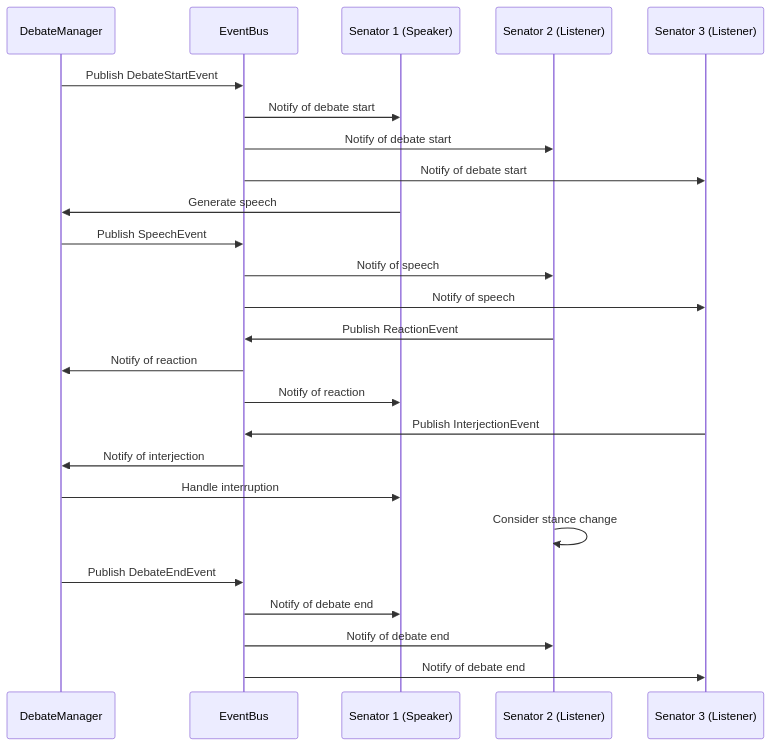
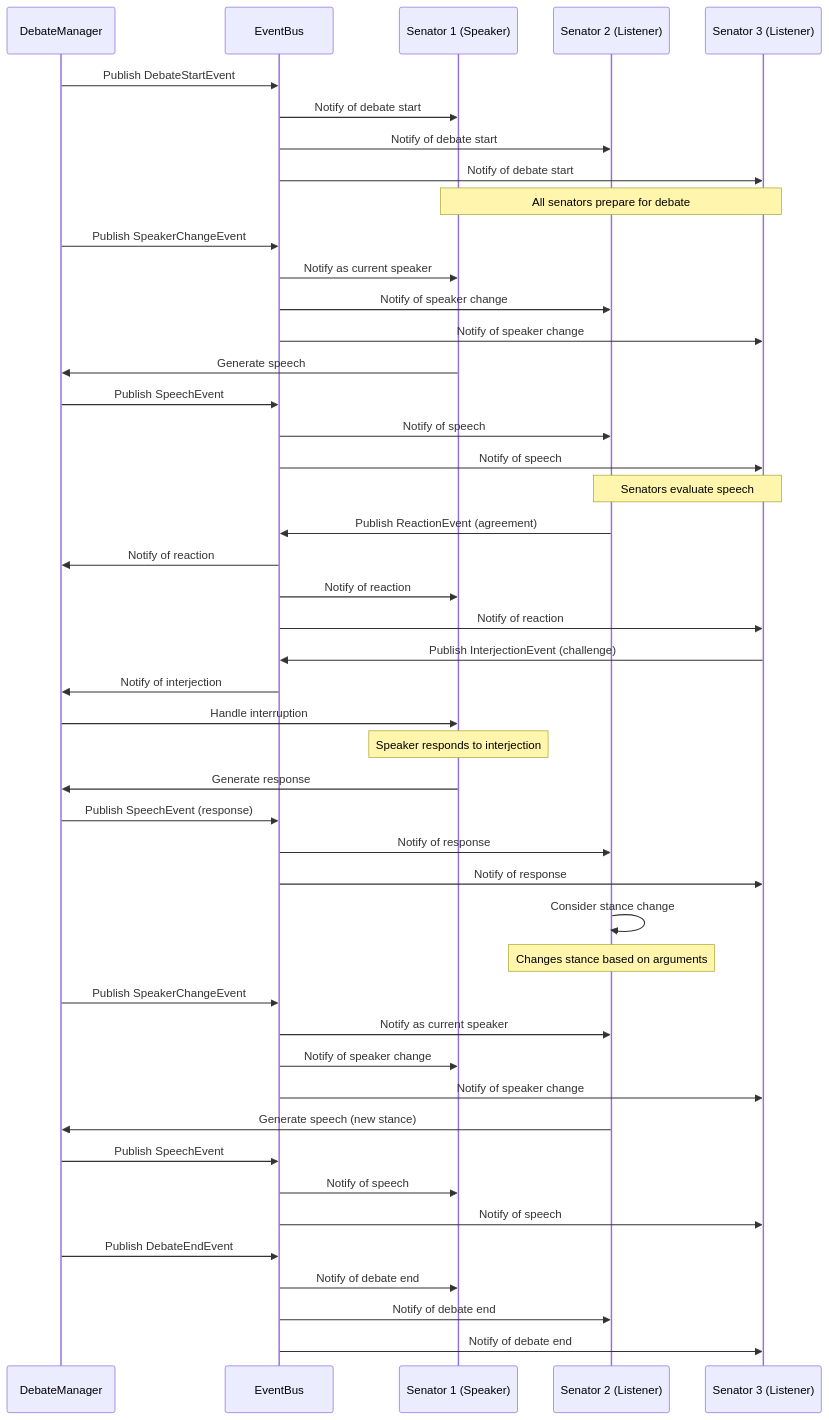
One commit to ianlintner/forum changed the second of 3 diagrams in docs/event_system/README.md. Above: the diagram before and after it, drawn with Mermaid. The commit also changed other lines of this file and 11 other files, not shown here.

````diff
--- a/docs/event_system/README.md
+++ b/docs/event_system/README.md
@@ -132,33 +200,61 @@
 ```mermaid
 sequenceDiagram
     participant DM as DebateManager
     participant EB as EventBus
     participant S1 as Senator 1 (Speaker)
     participant S2 as Senator 2 (Listener)
     participant S3 as Senator 3 (Listener)
     
     DM->>EB: Publish DebateStartEvent
     EB->>S1: Notify of debate start
     EB->>S2: Notify of debate start
     EB->>S3: Notify of debate start
     
+    Note over S1,S3: All senators prepare for debate
+    
+    DM->>EB: Publish SpeakerChangeEvent
+    EB->>S1: Notify as current speaker
+    EB->>S2: Notify of speaker change
+    EB->>S3: Notify of speaker change
+    
     S1->>DM: Generate speech
     DM->>EB: Publish SpeechEvent
     EB->>S2: Notify of speech
     EB->>S3: Notify of speech
     
-    S2->>EB: Publish ReactionEvent
+    Note over S2,S3: Senators evaluate speech
+    
+    S2->>EB: Publish ReactionEvent (agreement)
     EB->>DM: Notify of reaction
     EB->>S1: Notify of reaction
+    EB->>S3: Notify of reaction
     
-    S3->>EB: Publish InterjectionEvent
+    S3->>EB: Publish InterjectionEvent (challenge)
     EB->>DM: Notify of interjection
     DM->>S1: Handle interruption
     
+    Note over S1: Speaker responds to interjection
+    
+    S1->>DM: Generate response
+    DM->>EB: Publish SpeechEvent (response)
+    EB->>S2: Notify of response
+    EB->>S3: Notify of response
+    
     S2->>S2: Consider stance change
+    Note over S2: Changes stance based on arguments
+    
+    DM->>EB: Publish SpeakerChangeEvent
+    EB->>S2: Notify as current speaker
+    EB->>S1: Notify of speaker change
+    EB->>S3: Notify of speaker change
+    
+    S2->>DM: Generate speech (new stance)
+    DM->>EB: Publish SpeechEvent
+    EB->>S1: Notify of speech
+    EB->>S3: Notify of speech
     
     DM->>EB: Publish DebateEndEvent
     EB->>S1: Notify of debate end
     EB->>S2: Notify of debate end
     EB->>S3: Notify of debate end
 ```
````
